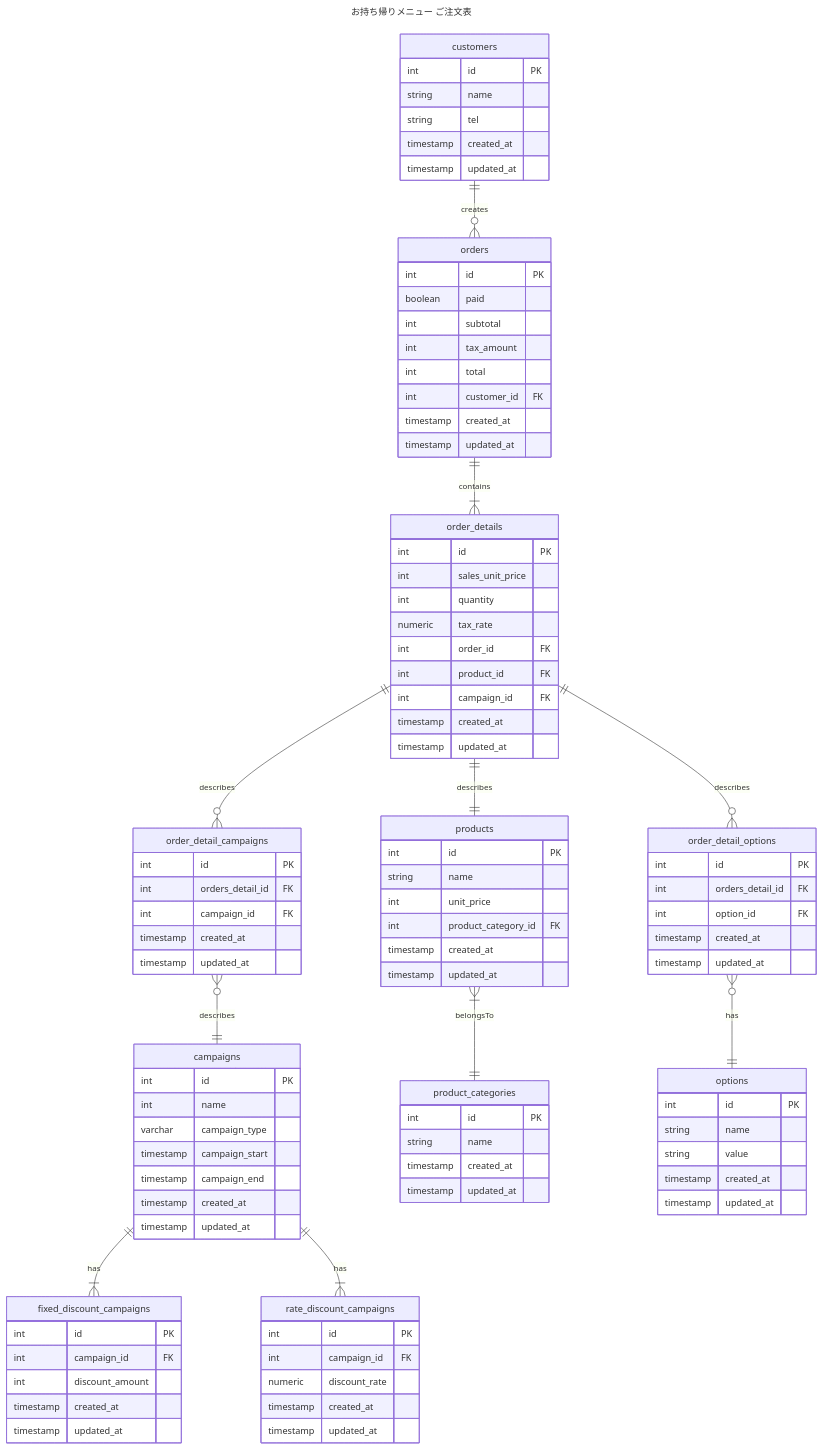
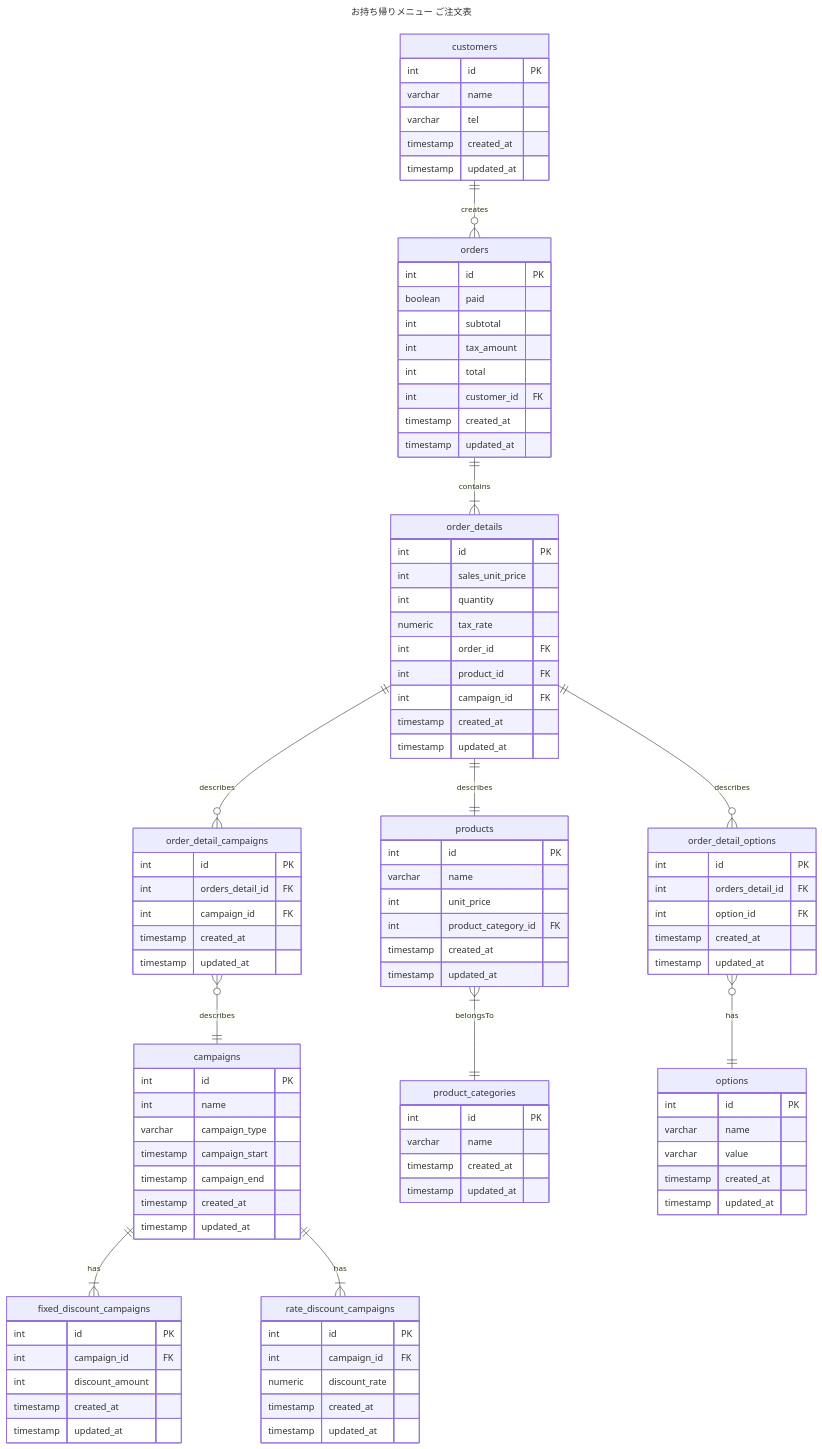
Before and after one commit to ttakuma17/til: the diagram in db/modeling/1/2-3.md, drawn with Mermaid. The commit also changed 1 other file, not shown here.

Commit message:
ER図のデータ型変更漏れ

```diff
--- a/db/modeling/1/2-3.md
+++ b/db/modeling/1/2-3.md
@@ -26,8 +26,8 @@
     customers ||--o{ orders: creates
     customers {
         int id PK
-        string name
-        string tel
+        varchar name
+        varchar tel
         timestamp created_at
         timestamp updated_at
     }
@@ -90,7 +90,7 @@
     order_details ||--o{ order_detail_campaigns: describes
     products {
         int id PK
-        string name
+        varchar name
         int unit_price
         int product_category_id FK
         timestamp created_at
@@ -99,14 +99,14 @@
     products }|--|| product_categories: belongsTo
     product_categories {
         int id PK
-        string name
+        varchar name
         timestamp created_at
         timestamp updated_at
     }
     options {
         int id PK
-        string name
-        string value
+        varchar name
+        varchar value
         timestamp created_at
         timestamp updated_at
     }
```
